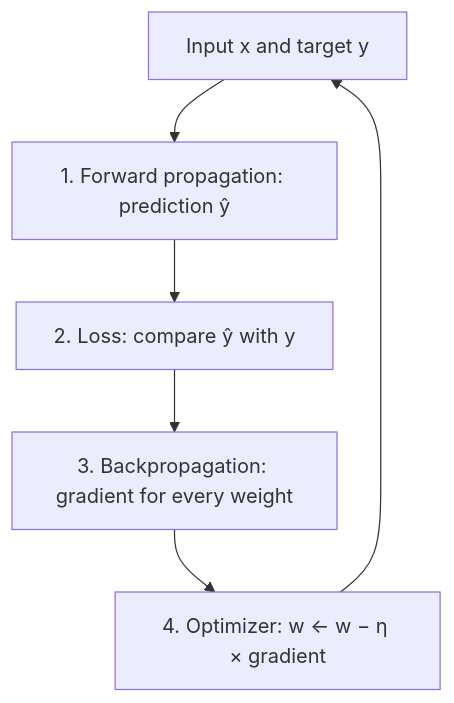
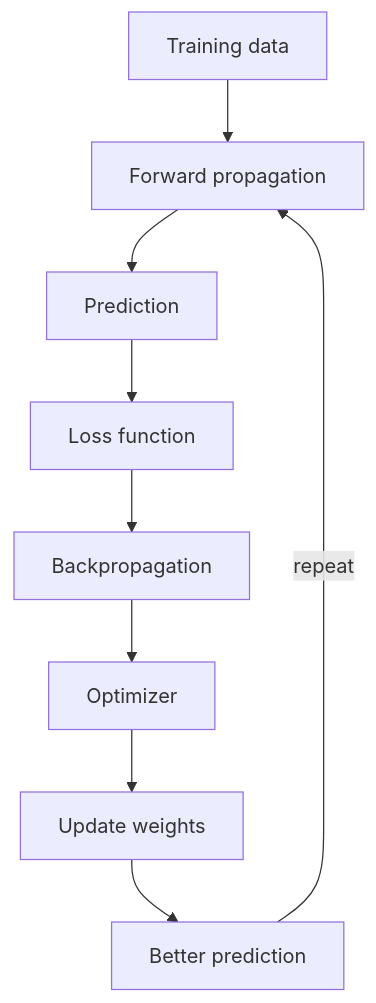
The diagram in content/deep-learning/pyq/2025-05/q6b.mdx (TrendySloth1001/sem-seven-notes), drawn with Mermaid before and after one commit. The commit also changed other lines of this file and 254 other files, not shown here.

Commit message:
Rewrite the backpropagation, gradient descent, regularization and autoencoder notes and their 29 answers from the teachers' class files. They use 185 teacher figures with class-notes citations only, and correct the AdaGrad, RMSProp, Nesterov and batch-norm numbers on the slides.

````diff
--- a/content/deep-learning/pyq/2025-05/q6b.mdx
+++ b/content/deep-learning/pyq/2025-05/q6b.mdx
@@ -9,9 +7,12 @@
 ```mermaid
-%% caption: The training loop. Forward pass and loss go forwards, backpropagation goes backwards, and the optimizer changes the weights before the next batch.
+%% caption: The learning loop of a neural network, as the teacher draws it.
 flowchart TD
-  A["Input x and target y"] --> B["1. Forward propagation: prediction ŷ"]
-  B --> C["2. Loss: compare ŷ with y"]
-  C --> D["3. Backpropagation: gradient for every weight"]
-  D --> E["4. Optimizer: w ← w − η × gradient"]
-  E --> A
+  A["Training data"] --> B["Forward propagation"]
+  B --> C["Prediction"]
+  C --> D["Loss function"]
+  D --> E["Backpropagation"]
+  E --> F["Optimizer"]
+  F --> G["Update weights"]
+  G --> H["Better prediction"]
+  H -->|"repeat"| B
 ```
````
